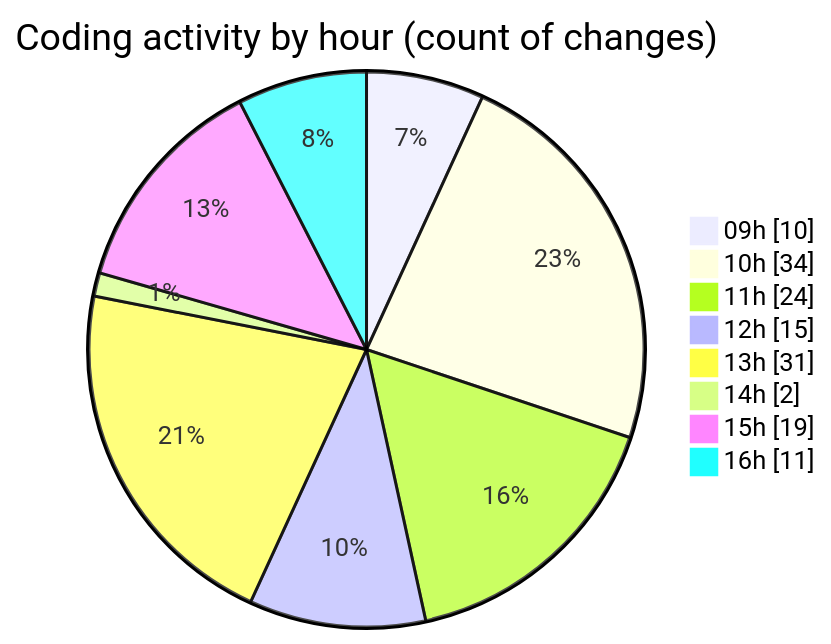
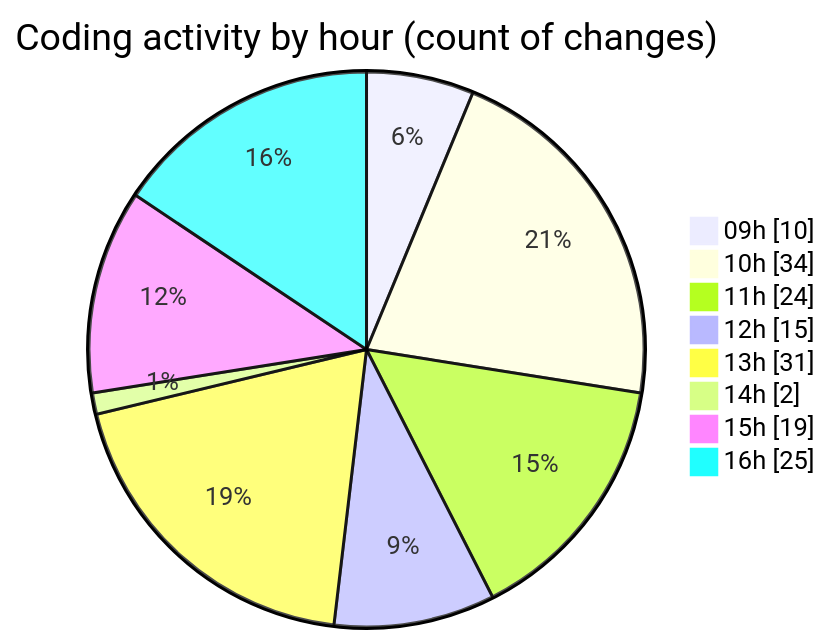
The second of 2 diagrams in 2025-09-02/cda/README.md (momahboobian/code-tracking), drawn with Mermaid before and after one commit. The commit also changed other lines of this file and 1 other file, not shown here.

````diff
--- a/2025-09-02/cda/README.md
+++ b/2025-09-02/cda/README.md
@@ -39,12 +39,12 @@
 ```mermaid
 pie showData
 title Coding activity by hour (count of changes)
 "09h" : 10
 "10h" : 34
 "11h" : 24
 "12h" : 15
 "13h" : 31
 "14h" : 2
 "15h" : 19
-"16h" : 11
+"16h" : 25
 ```
````
